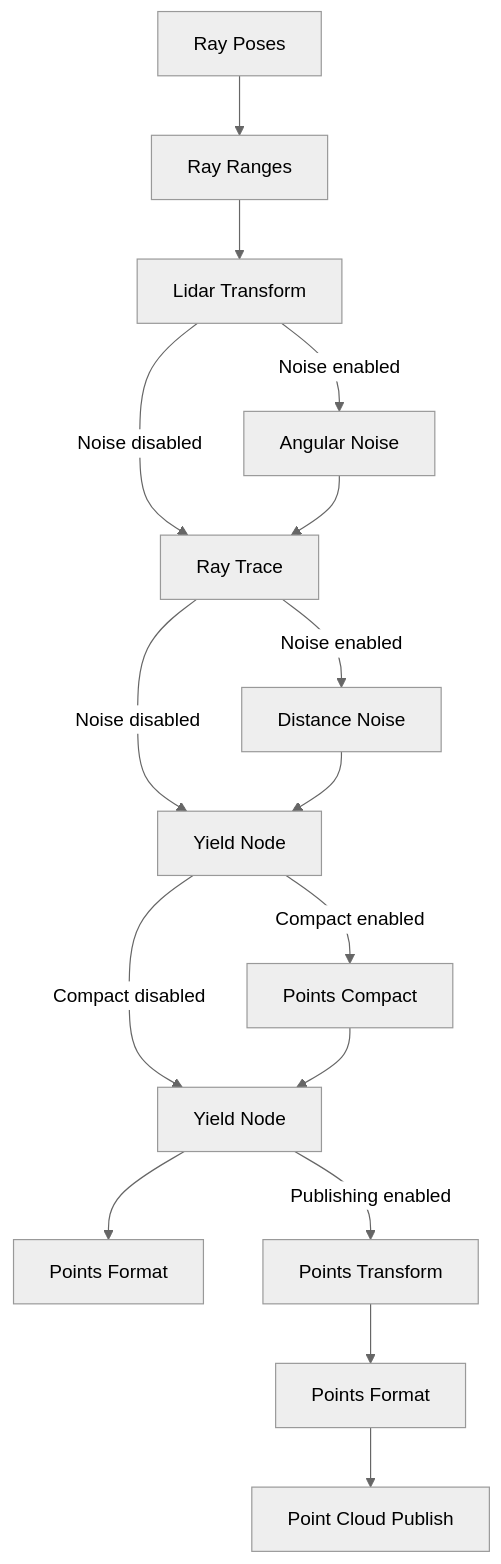
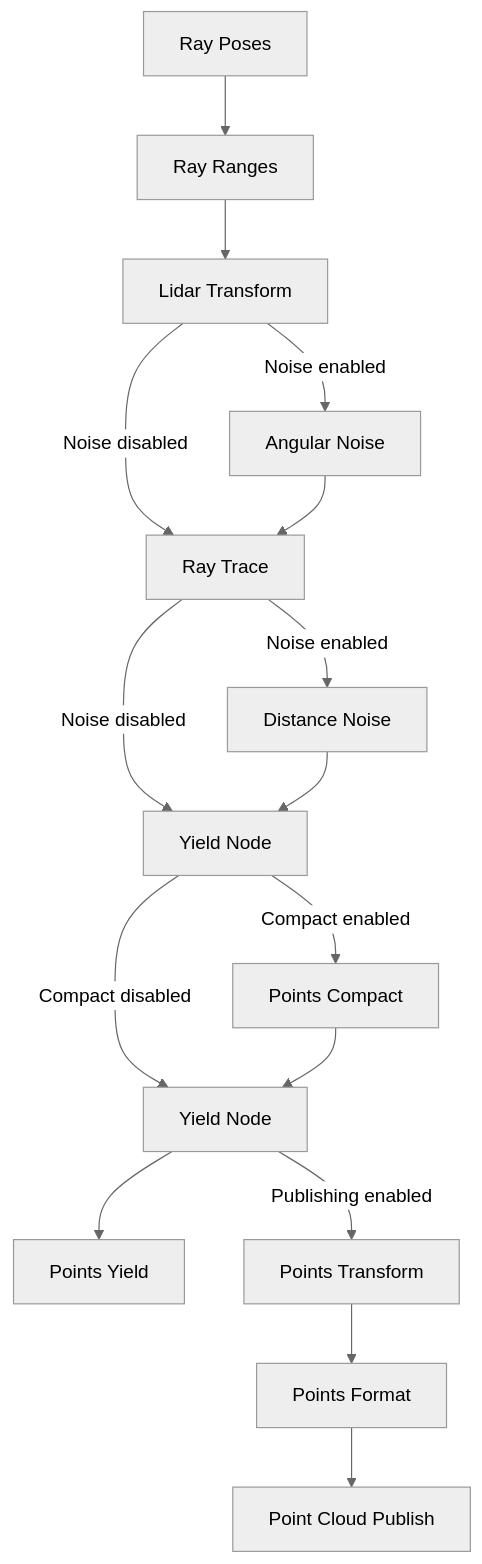
One commit to RobotecAI/o3de-rgl-gem changed the diagram in static/PipelineGraph.mmd. Above: the diagram before and after it, drawn with Mermaid (neutral theme). The commit also changed 3 other files, not shown here.

```diff
--- a/static/PipelineGraph.mmd
+++ b/static/PipelineGraph.mmd
@@ -1,16 +1,16 @@
 flowchart TD
     RP[Ray Poses] --> RR[Ray Ranges]
     RR --> LT[Lidar Transform]
     LT -->|Noise enabled| AN[Angular Noise]
     LT -->|Noise disabled| RT[Ray Trace]
     AN --> RT
     RT -->|Noise enabled| DN[Distance Noise]
     RT -->|Noise disabled| DNY[Yield Node]
     DN --> DNY
     DNY -->|Compact enabled| PC[Points Compact]
     DNY -->|Compact disabled| PCY[Yield Node]
     PC --> PCY
-    PCY --> PF1[Points Format]
+    PCY --> PY[Points Yield]
     PCY -->|Publishing enabled| PT[Points Transform]
     PT --> PF2[Points Format]
     PF2 --> PCP[Point Cloud Publish]
```
